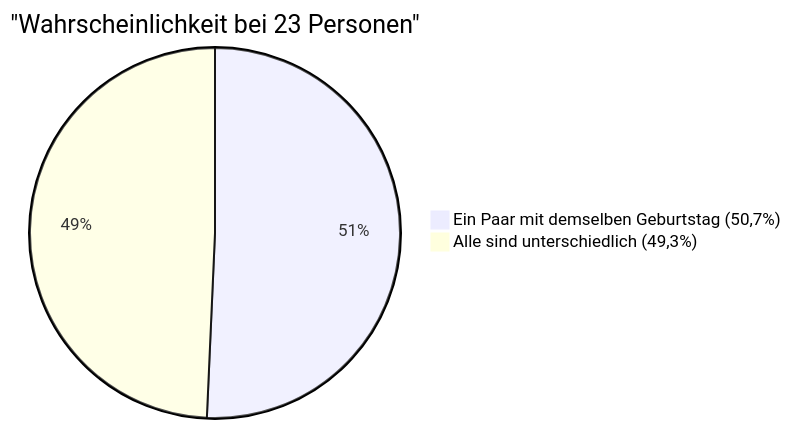
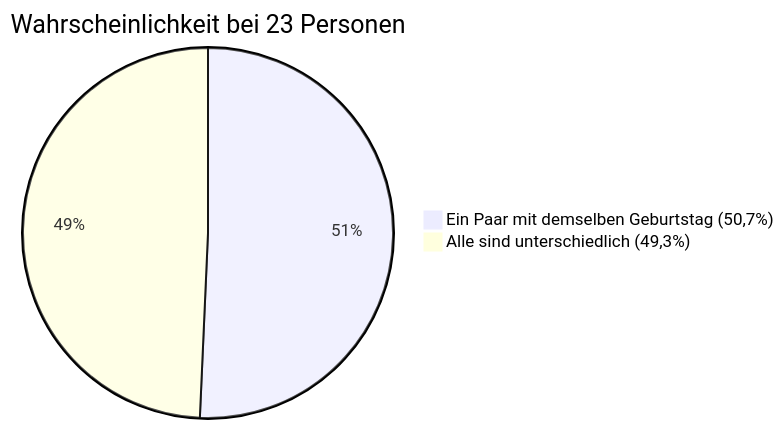
One commit to kenjinote/blog changed the second of 2 diagrams in content/post/バースデイパラドックス/index.de.md. Above: the diagram before and after it, drawn with Mermaid. The commit also changed other lines of this file and 703 other files, not shown here.

Commit message:
Fix: Remove quotes from Mermaid link texts and timeline definitions to support Mermaid 11.4.1

````diff
--- a/content/post/バースデイパラドックス/index.de.md
+++ b/content/post/バースデイパラドックス/index.de.md
@@ -100,5 +100,5 @@
 ```mermaid
-pie title "Wahrscheinlichkeit bei 23 Personen"
+pie title Wahrscheinlichkeit bei 23 Personen
     "Ein Paar mit demselben Geburtstag (50,7%)" : 50.7
     "Alle sind unterschiedlich (49,3%)" : 49.3
 ```
````
